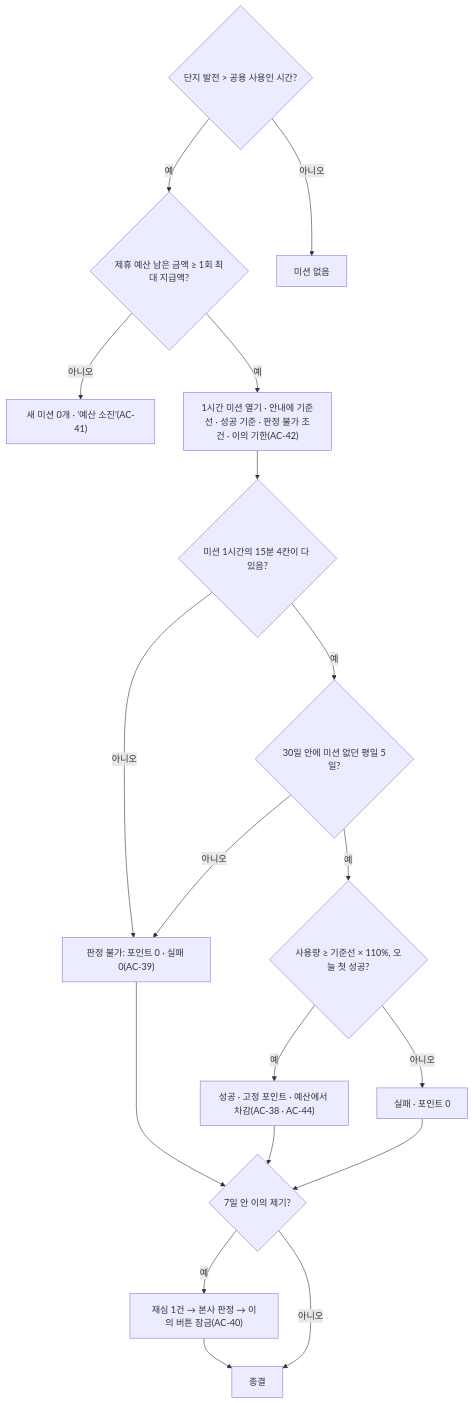
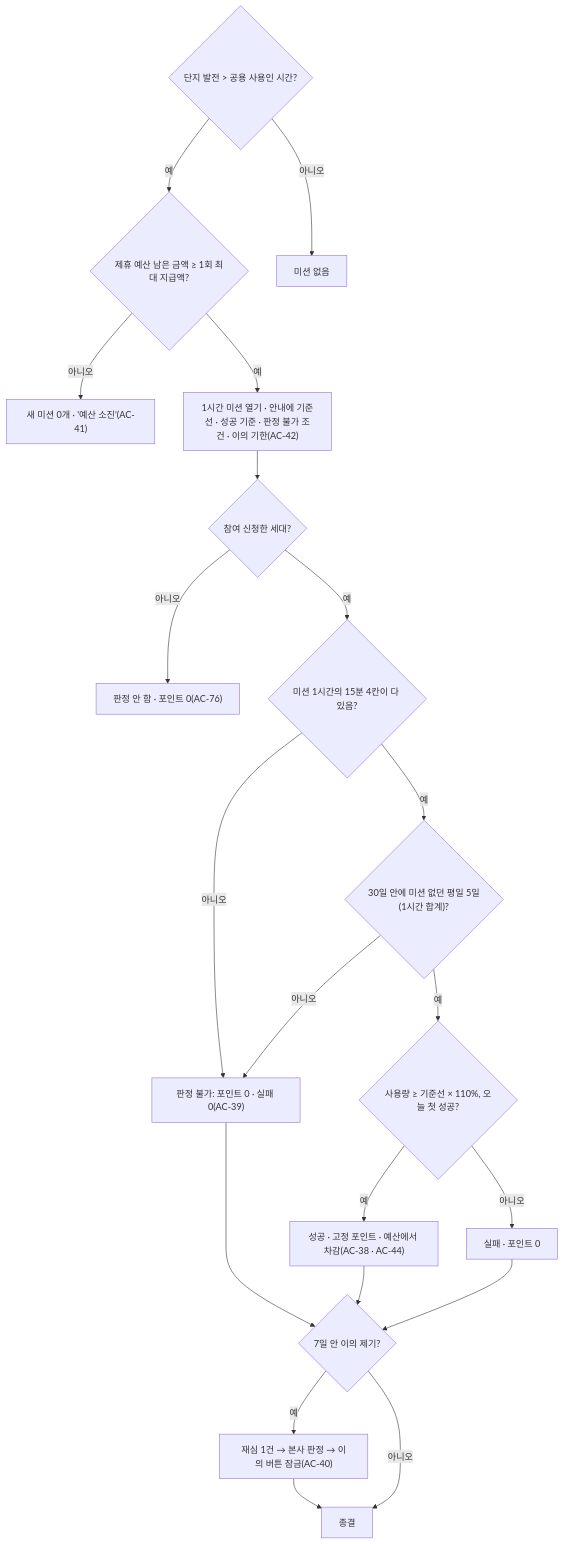
One commit to githubleejungah/zeb-energy-desk changed the fourth of 4 diagrams in docs/flows.md. Above: the diagram before and after it, drawn with Mermaid. The commit also changed other lines of this file and 33 other files, not shown here.

````diff
--- a/docs/flows.md
+++ b/docs/flows.md
@@ -86,20 +100,22 @@
 ```mermaid
 flowchart TD
   P{"단지 발전 > 공용 사용인 시간?"} -->|예| B{"제휴 예산 남은 금액 ≥ 1회 최대 지급액?"}
   P -->|아니오| Z["미션 없음"]
   B -->|아니오| E["새 미션 0개 · '예산 소진'(AC-41)"]
   B -->|예| OPEN["1시간 미션 열기 · 안내에 기준선 · 성공 기준 · 판정 불가 조건 · 이의 기한(AC-42)"]
-  OPEN --> J{"미션 1시간의 15분 4칸이 다 있음?"}
+  OPEN --> Q{"참여 신청한 세대?"}
+  Q -->|아니오| NJ["판정 안 함 · 포인트 0(AC-76)"]
+  Q -->|예| J{"미션 1시간의 15분 4칸이 다 있음?"}
   J -->|아니오| U["판정 불가: 포인트 0 · 실패 0(AC-39)"]
-  J -->|예| BL{"30일 안에 미션 없던 평일 5일?"}
+  J -->|예| BL{"30일 안에 미션 없던 평일 5일(1시간 합계)?"}
   BL -->|아니오| U
   BL -->|예| G{"사용량 ≥ 기준선 × 110%, 오늘 첫 성공?"}
   G -->|예| S["성공 · 고정 포인트 · 예산에서 차감(AC-38 · AC-44)"]
   G -->|아니오| F["실패 · 포인트 0"]
   S --> AP
   F --> AP
   U --> AP
   AP{"7일 안 이의 제기?"} -->|예| RV["재심 1건 → 본사 판정 → 이의 버튼 잠금(AC-40)"]
   AP -->|아니오| END["종결"]
   RV --> END
 ```
````
